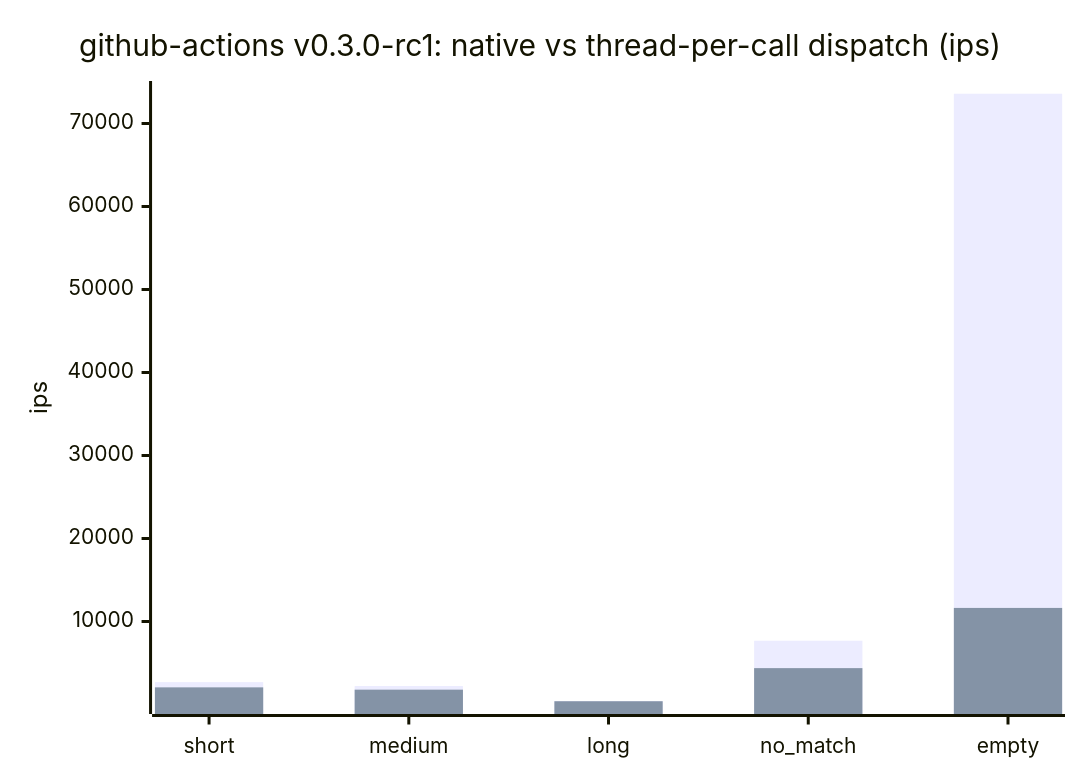
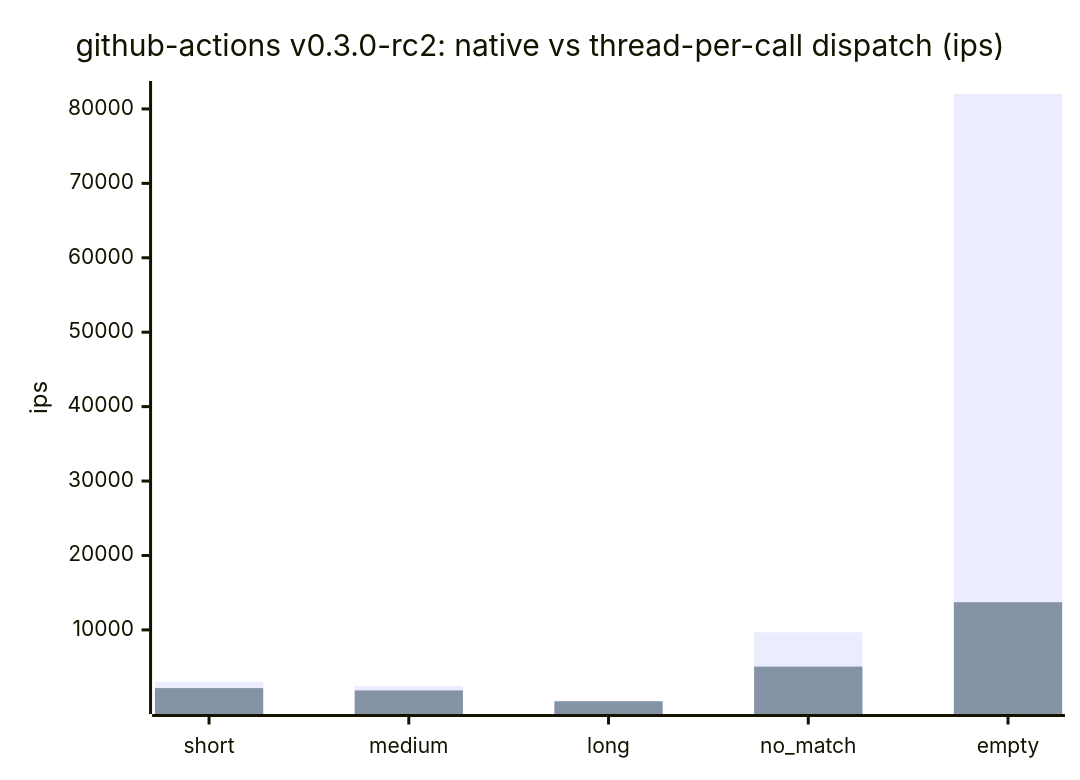
Before and after one commit to cpb/duckling: the first of 7 diagrams in docs/benchmarks/README.md, drawn with Mermaid. The commit also changed other lines of this file and 1 other file, not shown here.

Commit message:
Record github-actions benchmark for PR #102 branch issue-96/rebase-and-re-implement-85-s-dst-aware-reference-z [benchmark-record]

````diff
--- a/docs/benchmarks/README.md
+++ b/docs/benchmarks/README.md
@@ -54,8 +54,8 @@
 ```mermaid
 xychart-beta
-    title "github-actions v0.3.0-rc1: native vs thread-per-call dispatch (ips)"
+    title "github-actions v0.3.0-rc2: native vs thread-per-call dispatch (ips)"
     x-axis [short, medium, long, no_match, empty]
     y-axis "ips"
-    bar "native" [2695.0, 2222.8, 419.6, 7683.6, 73583.5]
-    bar "thread-per-call" [2064.6, 1785.9, 391.5, 4382.0, 11636.2]
+    bar "native" [3009.9, 2463.8, 451.8, 9672.4, 82040.0]
+    bar "thread-per-call" [2179.5, 1863.2, 412.0, 5068.6, 13714.8]
 ```
````
